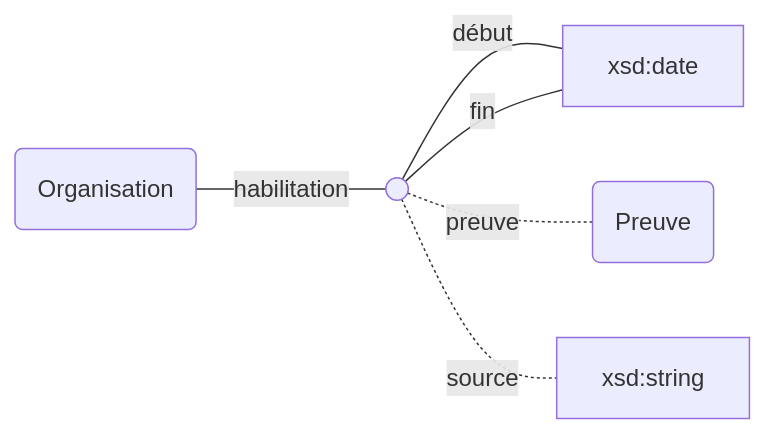
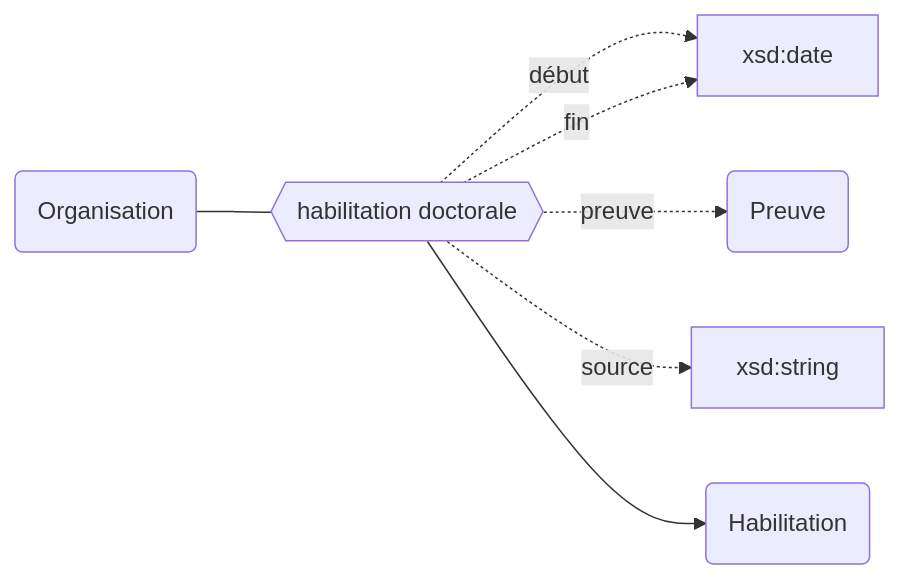
The first of 2 diagrams in docs/Modélisation Movies/Habilitation Doctorale.md (abes-esr/movies-doc), drawn with Mermaid before and after one commit. The commit also changed 28 other files, not shown here.

````diff
--- a/docs/Modélisation Movies/Habilitation Doctorale.md
+++ b/docs/Modélisation Movies/Habilitation Doctorale.md
@@ -3,10 +3,10 @@
 ```mermaid
 graph LR
     ORG(Organisation) 
-    HAB(( ))
-    ORG ---|habilitation| HAB
-    HAB ---|début| xsd:date
-    HAB ---|fin| xsd:date
-    HAB -.- |preuve| PreuveHAB(Preuve)
-    HAB -.- |source| SourceHAB[xsd:string]
+    ORG --- HAB{{habilitation doctorale}}
+    HAB -.->|début| xsd:date
+    HAB -.->|fin| xsd:date
+    HAB -.-> |preuve| PreuveHAB(Preuve)
+    HAB -.-> |source| SourceHAB[xsd:string]
+    HAB --> Habilitation(Habilitation)
 ```
````
